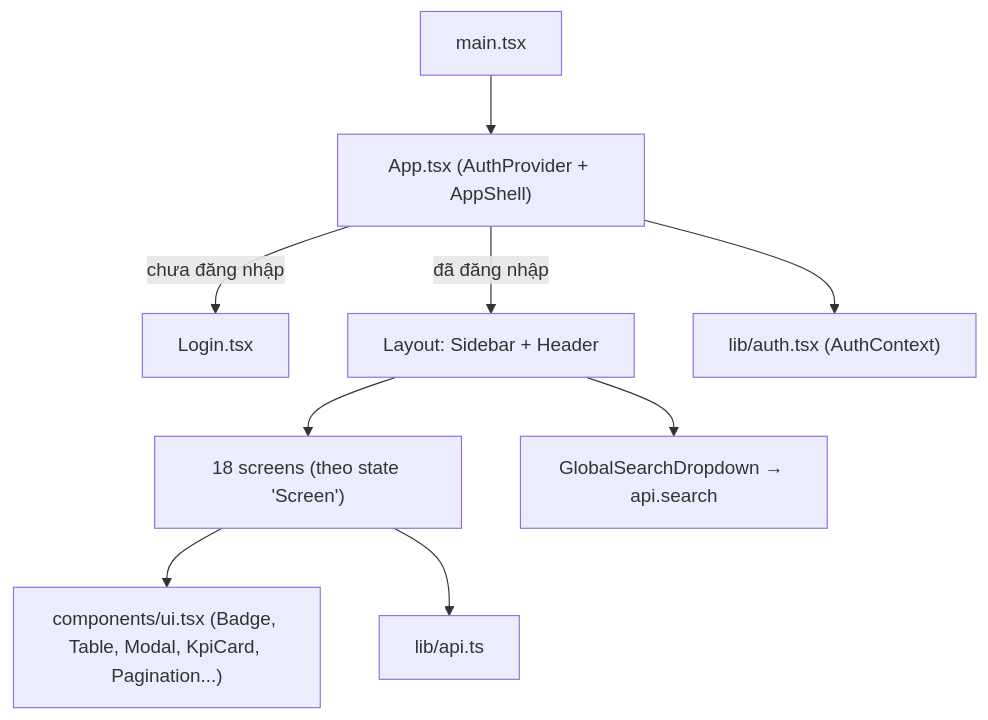
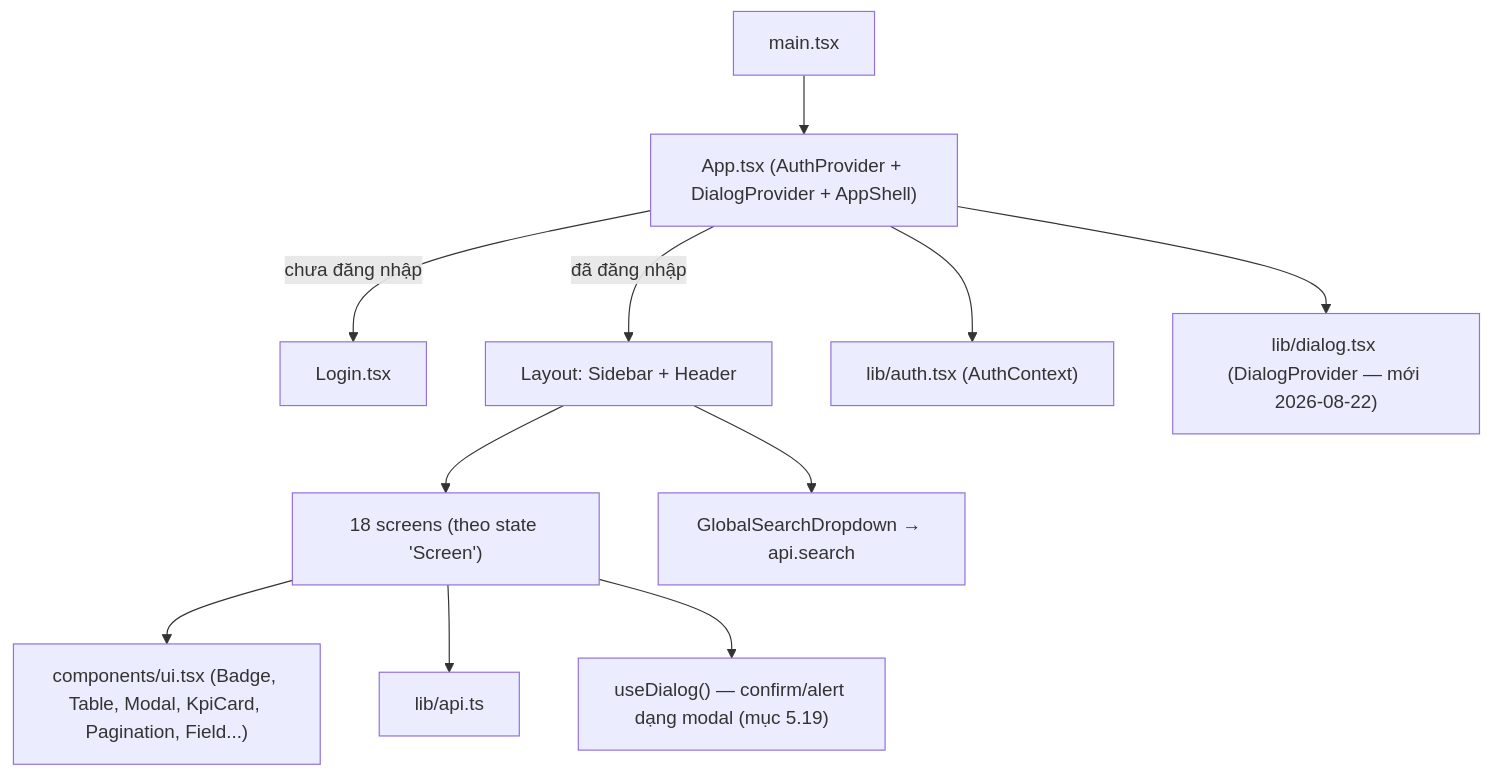
One commit to HuyLemm/HDHToys changed the fourth of 8 diagrams in SDS.md. Above: the diagram before and after it, drawn with Mermaid. The commit also changed other lines of this file and 41 other files, not shown here.

````diff
--- a/SDS.md
+++ b/SDS.md
@@ -619,11 +736,13 @@
 ```mermaid
 flowchart TD
-    Main["main.tsx"] --> App["App.tsx (AuthProvider + AppShell)"]
+    Main["main.tsx"] --> App["App.tsx (AuthProvider + DialogProvider + AppShell)"]
     App -->|"chưa đăng nhập"| Login["Login.tsx"]
     App -->|"đã đăng nhập"| Shell["Layout: Sidebar + Header"]
     Shell --> Screen["18 screens (theo state 'Screen')"]
-    Screen --> UIKit["components/ui.tsx (Badge, Table, Modal, KpiCard, Pagination...)"]
+    Screen --> UIKit["components/ui.tsx (Badge, Table, Modal, KpiCard, Pagination, Field...)"]
     Screen --> APIClient["lib/api.ts"]
+    Screen --> DialogHook["useDialog() — confirm/alert dạng modal (mục 5.19)"]
     Shell --> Search["GlobalSearchDropdown → api.search"]
     App --> AuthCtx["lib/auth.tsx (AuthContext)"]
+    App --> DialogCtx["lib/dialog.tsx (DialogProvider — mới 2026-08-22)"]
 ```
````
